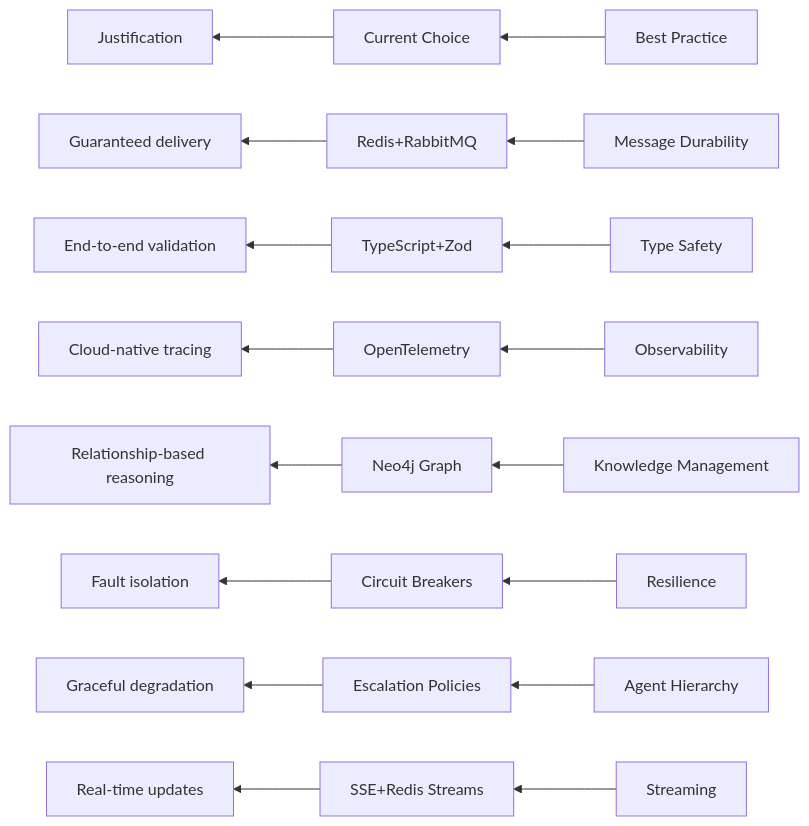
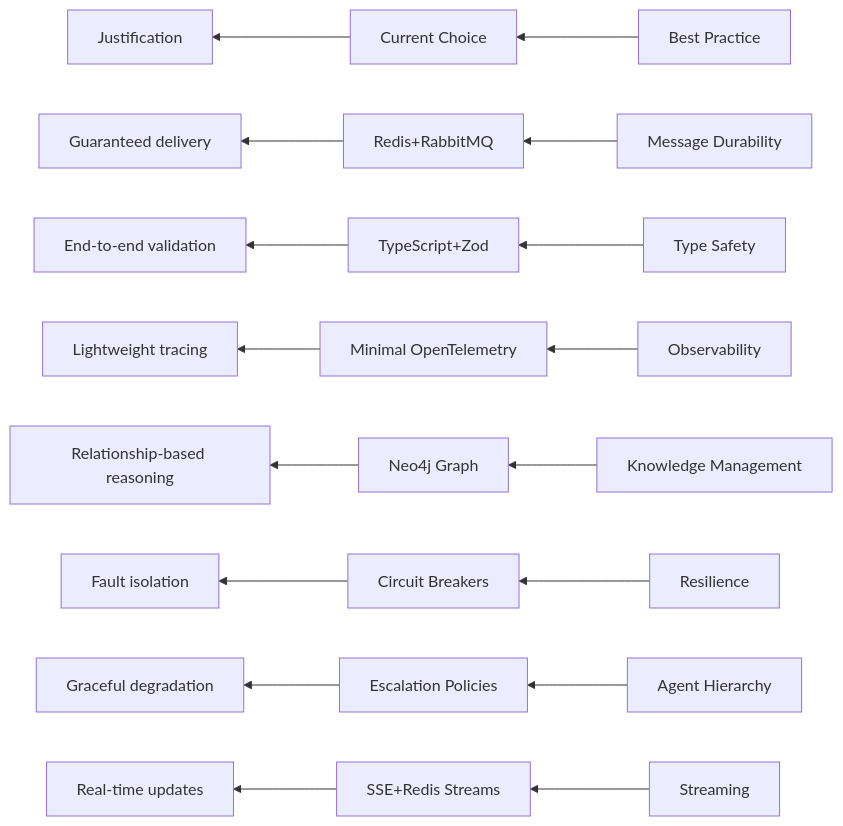
One commit to geoffsweeney/wine-recommender changed the second of 2 diagrams in memory-bank/architecture_summary.md. Above: the diagram before and after it, drawn with Mermaid. The commit also changed other lines of this file and 6 other files, not shown here.

````diff
--- a/memory-bank/architecture_summary.md
+++ b/memory-bank/architecture_summary.md
@@ -108,26 +108,26 @@
 ```mermaid
 graph RL
     A[Best Practice] --> B[Current Choice]
     B --> C[Justification]
     
     A1[Message Durability] --> B1[Redis+RabbitMQ]
     B1 --> C1[Guaranteed delivery]
     
     A2[Type Safety] --> B2[TypeScript+Zod]
     B2 --> C2[End-to-end validation]
     
-    A3[Observability] --> B3[OpenTelemetry]
-    B3 --> C3[Cloud-native tracing]
+    A3[Observability] --> B3[Minimal OpenTelemetry]
+    B3 --> C3[Lightweight tracing]
     
     A4[Knowledge Management] --> B4[Neo4j Graph]
     B4 --> C4[Relationship-based reasoning]
     
     A5[Resilience] --> B5[Circuit Breakers]
     B5 --> C5[Fault isolation]
     
     A6[Agent Hierarchy] --> B6[Escalation Policies]
     B6 --> C6[Graceful degradation]
     
     A7[Streaming] --> B7[SSE+Redis Streams]
     B7 --> C7[Real-time updates]
 ```
````
